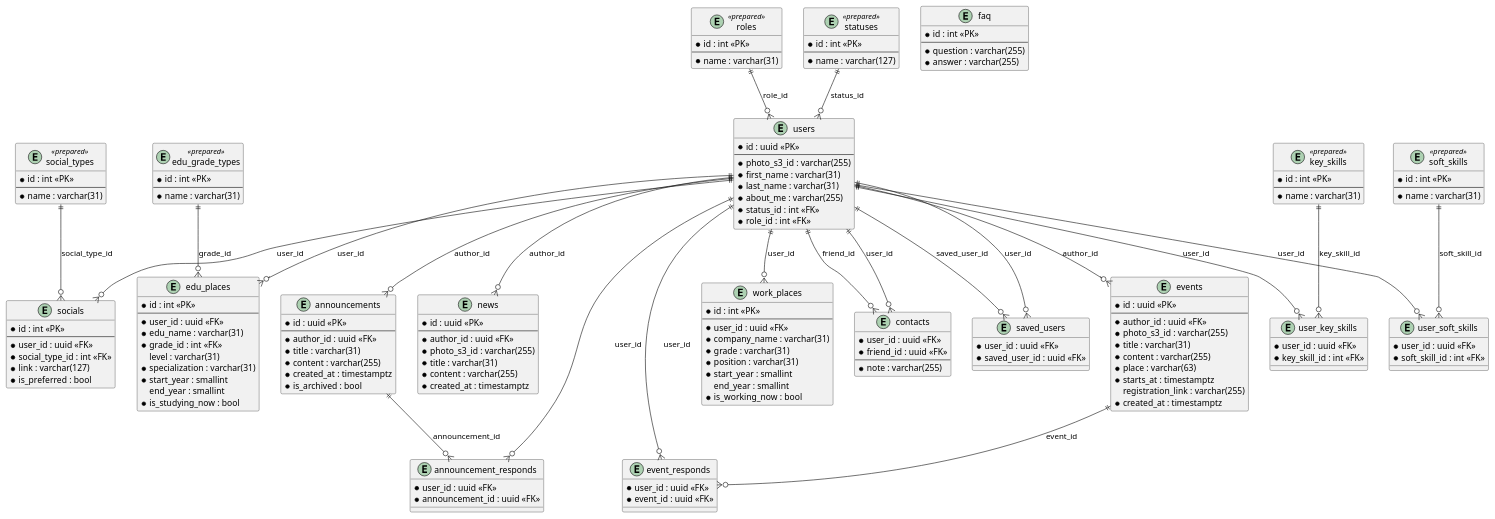
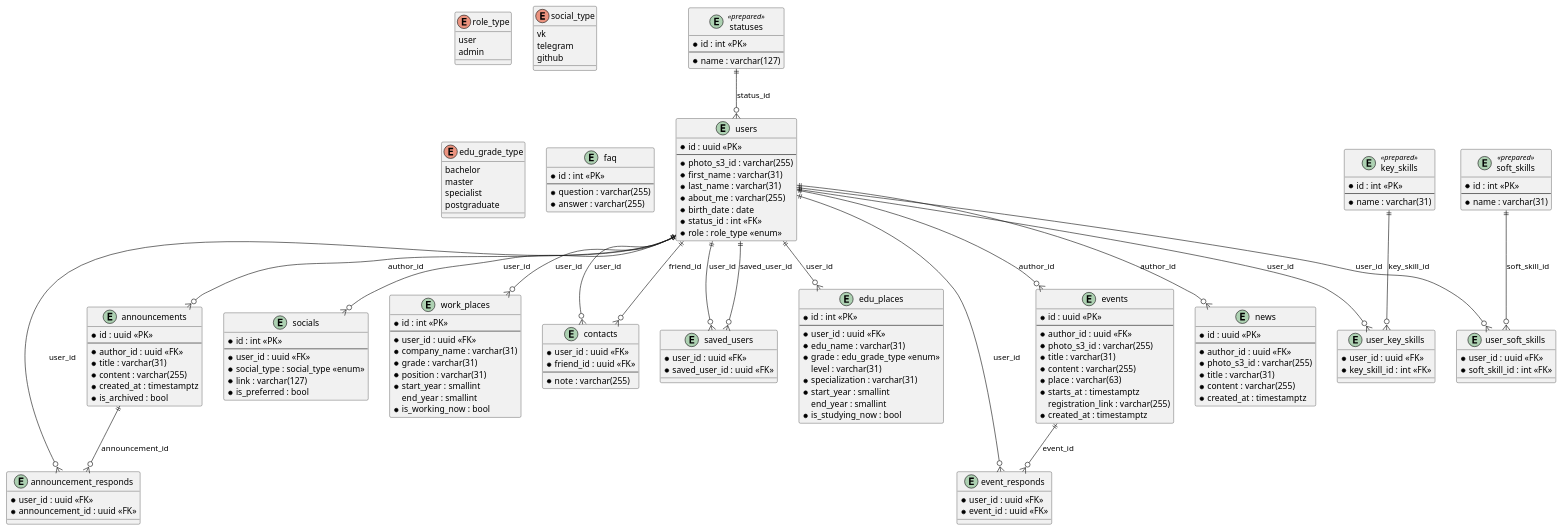
One commit to RuslanKarabalin/cu-faculty-backend changed the diagram in docs/database.puml. Above: the diagram before and after it, drawn with PlantUML. The commit also changed 1 other file, not shown here.

Commit message:
fix: use enum

```diff
--- a/docs/database.puml
+++ b/docs/database.puml
@@ -1,192 +1,190 @@
 @startuml database
 
-entity "roles" <<prepared>> {
-  * id : int <<PK>>
-  --
-  * name : varchar(31)
+enum "role_type" {
+  user
+  admin
+}
+
+enum "social_type" {
+  vk
+  telegram
+  github
+}
+
+enum "edu_grade_type" {
+  bachelor
+  master
+  specialist
+  postgraduate
 }
 
 entity "statuses" <<prepared>> {
   * id : int <<PK>>
   --
   * name : varchar(127)
-}
-
-entity "social_types" <<prepared>> {
-  * id : int <<PK>>
-  --
-  * name : varchar(31)
-}
-
-entity "edu_grade_types" <<prepared>> {
-  * id : int <<PK>>
-  --
-  * name : varchar(31)
 }
 
 entity "key_skills" <<prepared>> {
   * id : int <<PK>>
   --
   * name : varchar(31)
 }
 
 entity "soft_skills" <<prepared>> {
   * id : int <<PK>>
   --
   * name : varchar(31)
 }
 
 
 entity "users" {
   * id : uuid <<PK>>
   --
   * photo_s3_id : varchar(255)
   * first_name : varchar(31)
   * last_name : varchar(31)
   * about_me : varchar(255)
+  * birth_date : date
   * status_id : int <<FK>>
-  * role_id : int <<FK>>
+  * role : role_type <<enum>>
 }
 
 entity "socials" {
   * id : int <<PK>>
   --
   * user_id : uuid <<FK>>
-  * social_type_id : int <<FK>>
+  * social_type : social_type <<enum>>
   * link : varchar(127)
   * is_preferred : bool
 }
 
 entity "work_places" {
   * id : int <<PK>>
   --
   * user_id : uuid <<FK>>
   * company_name : varchar(31)
   * grade : varchar(31)
   * position : varchar(31)
   * start_year : smallint
   end_year : smallint
   * is_working_now : bool
 }
 
 entity "edu_places" {
   * id : int <<PK>>
   --
   * user_id : uuid <<FK>>
   * edu_name : varchar(31)
-  * grade_id : int <<FK>>
+  * grade : edu_grade_type <<enum>>
   level : varchar(31)
   * specialization : varchar(31)
   * start_year : smallint
   end_year : smallint
   * is_studying_now : bool
 }
 
 entity "faq" {
   * id : int <<PK>>
   --
   * question : varchar(255)
   * answer : varchar(255)
 }
 
 entity "announcements" {
   * id : uuid <<PK>>
   --
   * author_id : uuid <<FK>>
   * title : varchar(31)
   * content : varchar(255)
   * created_at : timestamptz
   * is_archived : bool
 }
 
 entity "news" {
   * id : uuid <<PK>>
   --
   * author_id : uuid <<FK>>
   * photo_s3_id : varchar(255)
   * title : varchar(31)
   * content : varchar(255)
   * created_at : timestamptz
 }
 
 entity "events" {
   * id : uuid <<PK>>
   --
   * author_id : uuid <<FK>>
   * photo_s3_id : varchar(255)
   * title : varchar(31)
   * content : varchar(255)
   * place : varchar(63)
   * starts_at : timestamptz
   registration_link : varchar(255)
   * created_at : timestamptz
 }
 
 
 entity "user_key_skills" {
   * user_id : uuid <<FK>>
   * key_skill_id : int <<FK>>
 }
 
 entity "user_soft_skills" {
   * user_id : uuid <<FK>>
   * soft_skill_id : int <<FK>>
 }
 
 entity "contacts" {
   * user_id : uuid <<FK>>
   * friend_id : uuid <<FK>>
   --
   * note : varchar(255)
 }
 
 entity "saved_users" {
   * user_id : uuid <<FK>>
   * saved_user_id : uuid <<FK>>
 }
 
 entity "announcement_responds" {
   * user_id : uuid <<FK>>
   * announcement_id : uuid <<FK>>
 }
 
 entity "event_responds" {
   * user_id : uuid <<FK>>
   * event_id : uuid <<FK>>
 }
 
 
-roles           ||--o{ users                  : "role_id"
 statuses        ||--o{ users                  : "status_id"
 
 users           ||--o{ socials                : "user_id"
-social_types    ||--o{ socials                : "social_type_id"
 
 users           ||--o{ work_places            : "user_id"
 
 users           ||--o{ edu_places             : "user_id"
-edu_grade_types ||--o{ edu_places             : "grade_id"
 
 users           ||--o{ user_key_skills        : "user_id"
 key_skills      ||--o{ user_key_skills        : "key_skill_id"
 
 users           ||--o{ user_soft_skills       : "user_id"
 soft_skills     ||--o{ user_soft_skills       : "soft_skill_id"
 
 users           ||--o{ contacts               : "user_id"
 users           ||--o{ contacts               : "friend_id"
 
 users           ||--o{ saved_users            : "user_id"
 users           ||--o{ saved_users            : "saved_user_id"
 
 users           ||--o{ announcements          : "author_id"
 announcements   ||--o{ announcement_responds  : "announcement_id"
 users           ||--o{ announcement_responds  : "user_id"
 
 users           ||--o{ news                   : "author_id"
 
 users           ||--o{ events                 : "author_id"
 events          ||--o{ event_responds         : "event_id"
 users           ||--o{ event_responds         : "user_id"
 
 @enduml
```
